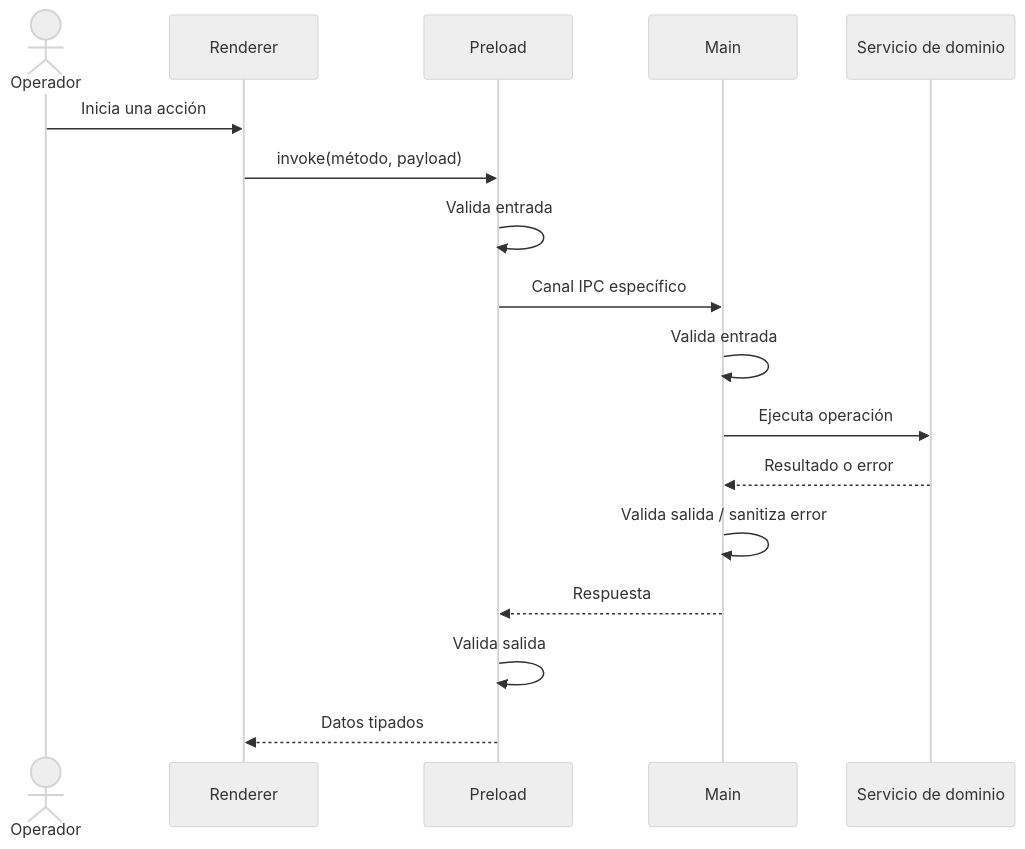
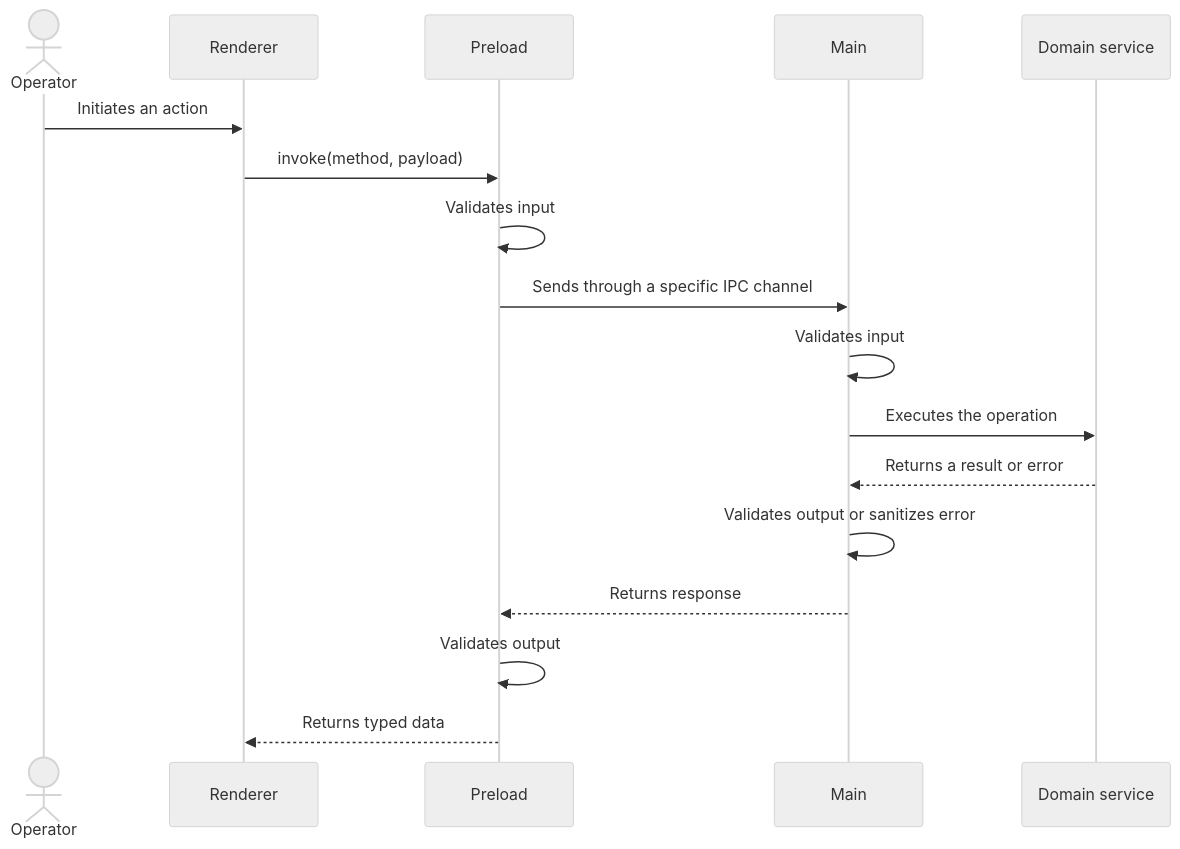
Before and after one commit to crisjar3/dlq-commander: the second of 4 diagrams in docs/architecture.md, drawn with Mermaid (neutral theme). The commit also changed other lines of this file and 24 other files, not shown here.

````diff
--- a/docs/architecture.md
+++ b/docs/architecture.md
@@ -57,20 +57,20 @@
 ```mermaid
 sequenceDiagram
-    actor Operador
+    actor Operator
     participant UI as Renderer
     participant Preload
     participant Main
-    participant Servicio as Servicio de dominio
+    participant Service as Domain service
 
-    Operador->>UI: Inicia una acción
-    UI->>Preload: invoke(método, payload)
-    Preload->>Preload: Valida entrada
-    Preload->>Main: Canal IPC específico
-    Main->>Main: Valida entrada
-    Main->>Servicio: Ejecuta operación
-    Servicio-->>Main: Resultado o error
-    Main->>Main: Valida salida / sanitiza error
-    Main-->>Preload: Respuesta
-    Preload->>Preload: Valida salida
-    Preload-->>UI: Datos tipados
+    Operator->>UI: Initiates an action
+    UI->>Preload: invoke(method, payload)
+    Preload->>Preload: Validates input
+    Preload->>Main: Sends through a specific IPC channel
+    Main->>Main: Validates input
+    Main->>Service: Executes the operation
+    Service-->>Main: Returns a result or error
+    Main->>Main: Validates output or sanitizes error
+    Main-->>Preload: Returns response
+    Preload->>Preload: Validates output
+    Preload-->>UI: Returns typed data
 ```
````
